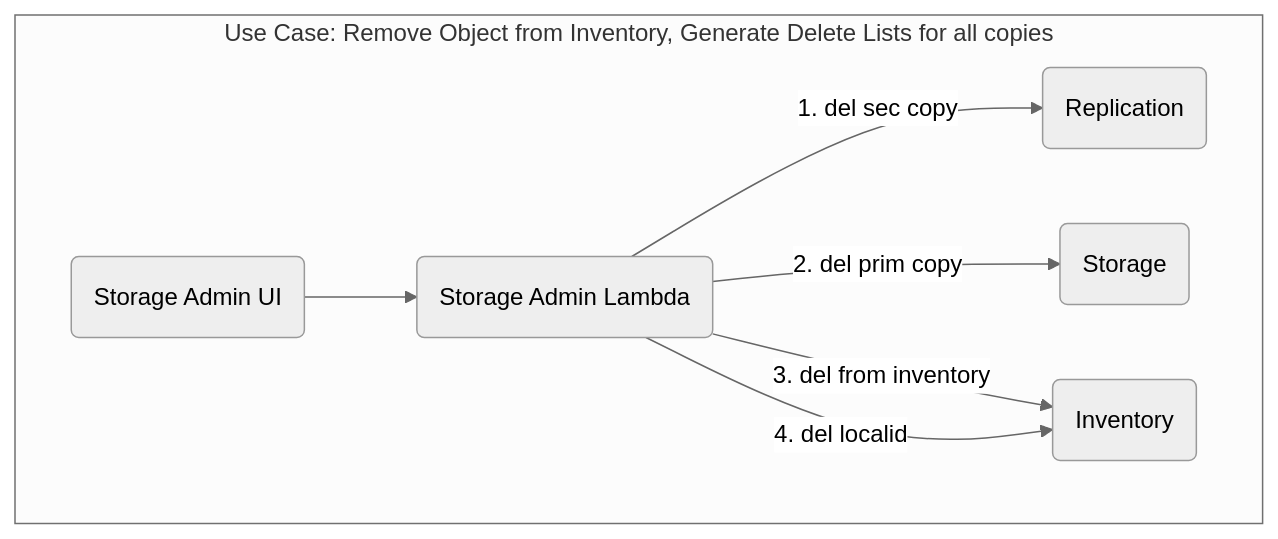
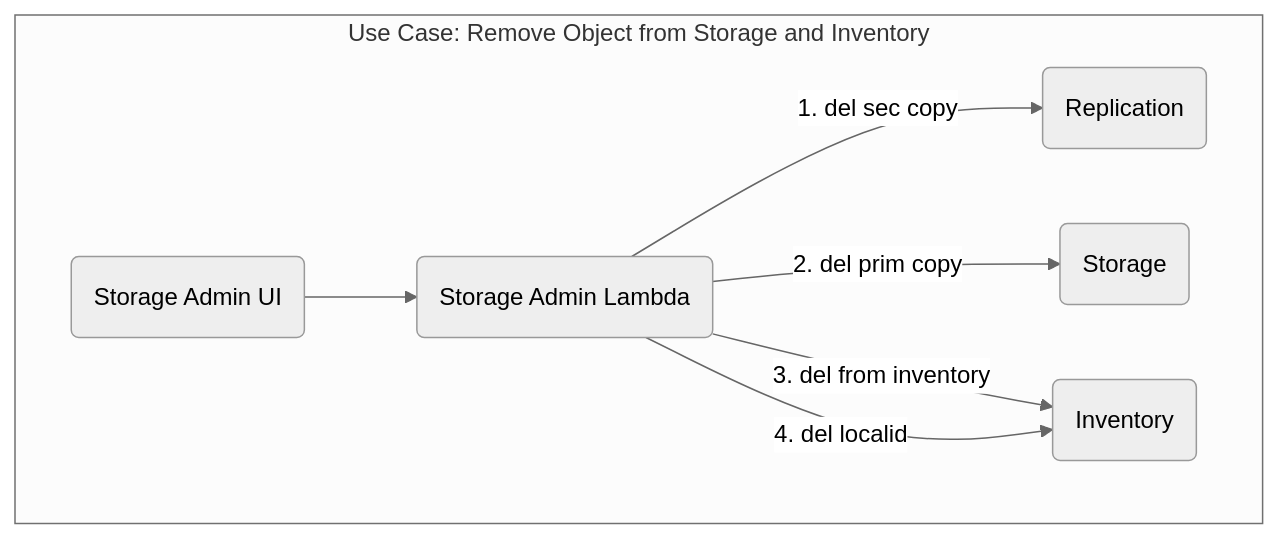
One commit to CDLUC3/mrt-doc changed the diagram in diagrams/store-admin-del-node-obj.mmd. Above: the diagram before and after it, drawn with Mermaid. The commit also changed 2 other files, not shown here.

Commit message:
update diagram

```diff
--- a/diagrams/store-admin-del-node-obj.mmd
+++ b/diagrams/store-admin-del-node-obj.mmd
@@ -1,15 +1,15 @@
 %%{init: {'theme': 'neutral', 'securityLevel': 'loose'}}%%
 graph TD
   SAUI("Storage Admin UI")
   SA("Storage Admin Lambda")
   REPLIC(Replication)
   ST(Storage)
   INV(Inventory)
 
-  subgraph "Use Case: Remove Object from Inventory, Generate Delete Lists for all copies"
+  subgraph "Use Case: Remove Object from Storage and Inventory"
     SAUI-->SA
     SA-->|"1. del sec copy"|REPLIC
     SA-->|"2. del prim copy"|ST
     SA-->|"3. del from inventory"|INV
     SA-->|"4. del localid"|INV
   end  
```
